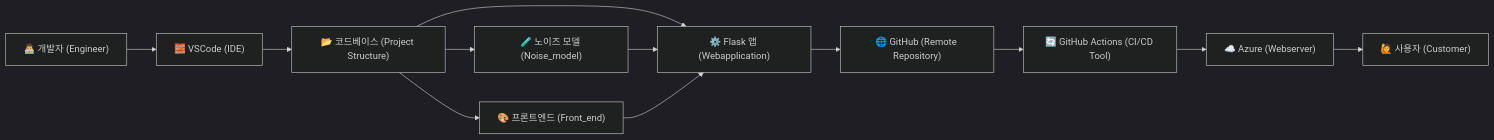
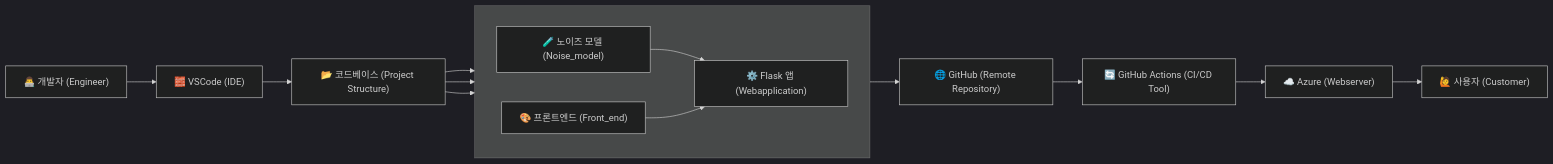
Before and after one commit to hyundairotemai2/AIFAKER: the second of 2 diagrams in README.md, drawn with Mermaid (dark theme).

Commit message:
README.md 업데이트: 개발 흐름 다이어그램 개선 및 구성 요소 정렬 수정

````diff
--- a/README.md
+++ b/README.md
@@ -32,34 +32,29 @@
 ```mermaid
 flowchart LR
-    %% 개발 단계
-    Engineer["👨‍💻 개발자 (Engineer)"]
-    IDE["🧱 VSCode (IDE)"]
-    Codebase["📂 코드베이스 (Project Structure)"]
+    %% 개발자 → IDE → 코드베이스
+    Engineer["👨‍💻 개발자 (Engineer)"] --> IDE["🧱 VSCode (IDE)"]
+    IDE --> Codebase["📂 코드베이스 (Project Structure)"]
 
-    %% 핵심 구성 요소 - 같은 수평 라인
-    Model["🧪 노이즈 모델 (Noise_model)"]
-    Backend["⚙️ Flask 앱 (Webapplication)"]
-    Frontend["🎨 프론트엔드 (Front_end)"]
+    %% 수평 정렬: 모델 / 백엔드 / 프론트엔드
+    subgraph Components[ ]
+        direction LR
+        Model["🧪 노이즈 모델 (Noise_model)"]
+        Backend["⚙️ Flask 앱 (Webapplication)"]
+        Frontend["🎨 프론트엔드 (Front_end)"]
+    end
 
-    %% 배포 파이프라인
-    GitHub["🌐 GitHub (Remote Repository)"]
-    Actions["🔄 GitHub Actions (CI/CD Tool)"]
-    Azure["☁️ Azure (Webserver)"]
-    Customer["🙋 사용자 (Customer)"]
-
-    %% 개발 흐름
-    Engineer --> IDE --> Codebase
-
-    %% 코드베이스로부터 분기
+    %% 코드베이스 → 구성 요소
     Codebase --> Model
     Codebase --> Backend
     Codebase --> Frontend
 
-    %% GitHub으로 연결 (Flask 앱 중심 통합)
+    %% 구성 요소 연결
     Model --> Backend
     Frontend --> Backend
-    Backend --> GitHub
 
-    %% 배포 흐름
-    GitHub --> Actions --> Azure --> Customer
+    %% 백엔드 → GitHub → 배포
+    Backend --> GitHub["🌐 GitHub (Remote Repository)"]
+    GitHub --> Actions["🔄 GitHub Actions (CI/CD Tool)"]
+    Actions --> Azure["☁️ Azure (Webserver)"]
+    Azure --> Customer["🙋 사용자 (Customer)"]
 ```
````
